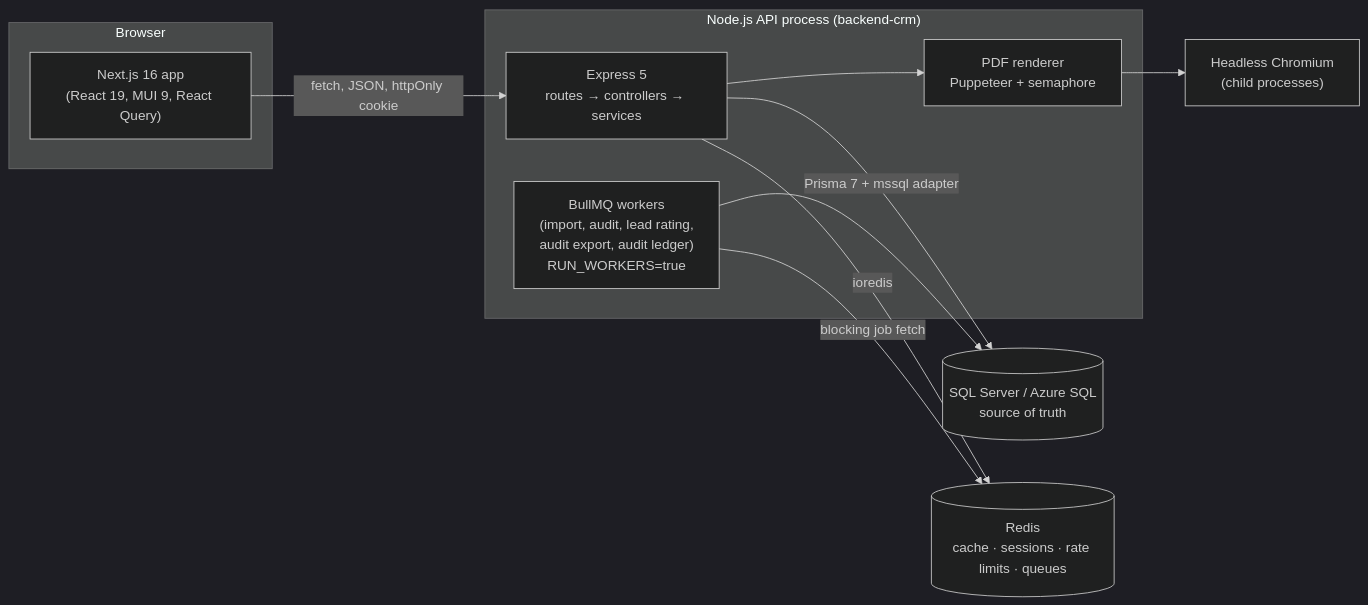
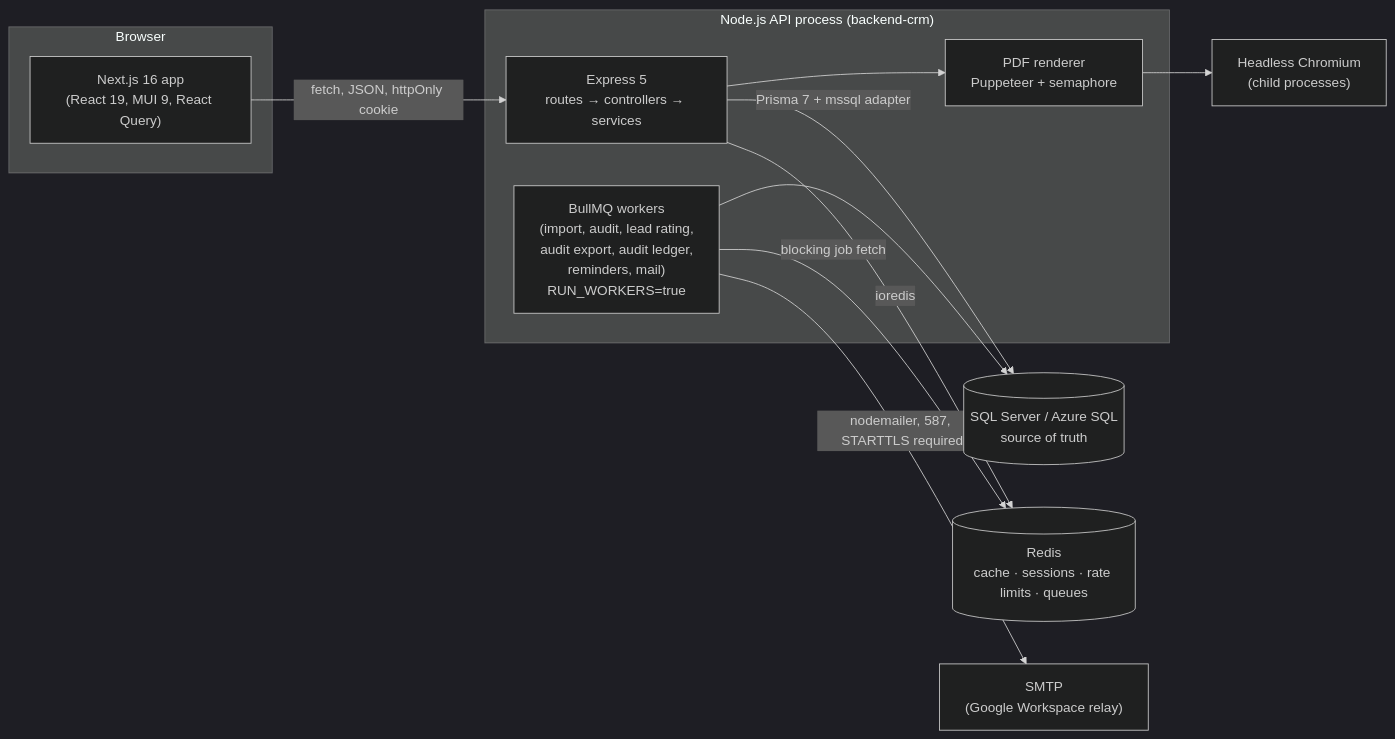
Before and after one commit to shivansh14503/nandini-crm: the first of 5 diagrams in docs/system-design.md, drawn with Mermaid (dark theme). The commit also changed other lines of this file and 58 other files, not shown here.

````diff
--- a/docs/system-design.md
+++ b/docs/system-design.md
@@ -18,23 +18,25 @@
 ```mermaid
 flowchart LR
     subgraph Browser
         UI["Next.js 16 app<br/>(React 19, MUI 9, React Query)"]
     end
 
     subgraph Node["Node.js API process (backend-crm)"]
         EX["Express 5<br/>routes → controllers → services"]
-        WK["BullMQ workers<br/>(import, audit, lead rating,<br/>audit export, audit ledger)<br/>RUN_WORKERS=true"]
+        WK["BullMQ workers<br/>(import, audit, lead rating,<br/>audit export, audit ledger,<br/>reminders, mail)<br/>RUN_WORKERS=true"]
         PDF["PDF renderer<br/>Puppeteer + semaphore"]
     end
 
     CH["Headless Chromium<br/>(child processes)"]
     SQL[("SQL Server / Azure SQL<br/>source of truth")]
     RD[("Redis<br/>cache · sessions · rate limits · queues")]
+    SMTP["SMTP<br/>(Google Workspace relay)"]
 
     UI -- "fetch, JSON, httpOnly cookie" --> EX
     EX -- "Prisma 7 + mssql adapter" --> SQL
     EX -- "ioredis" --> RD
     WK -- "blocking job fetch" --> RD
     WK --> SQL
+    WK -- "nodemailer, 587, STARTTLS required" --> SMTP
     EX --> PDF --> CH
 ```
````
